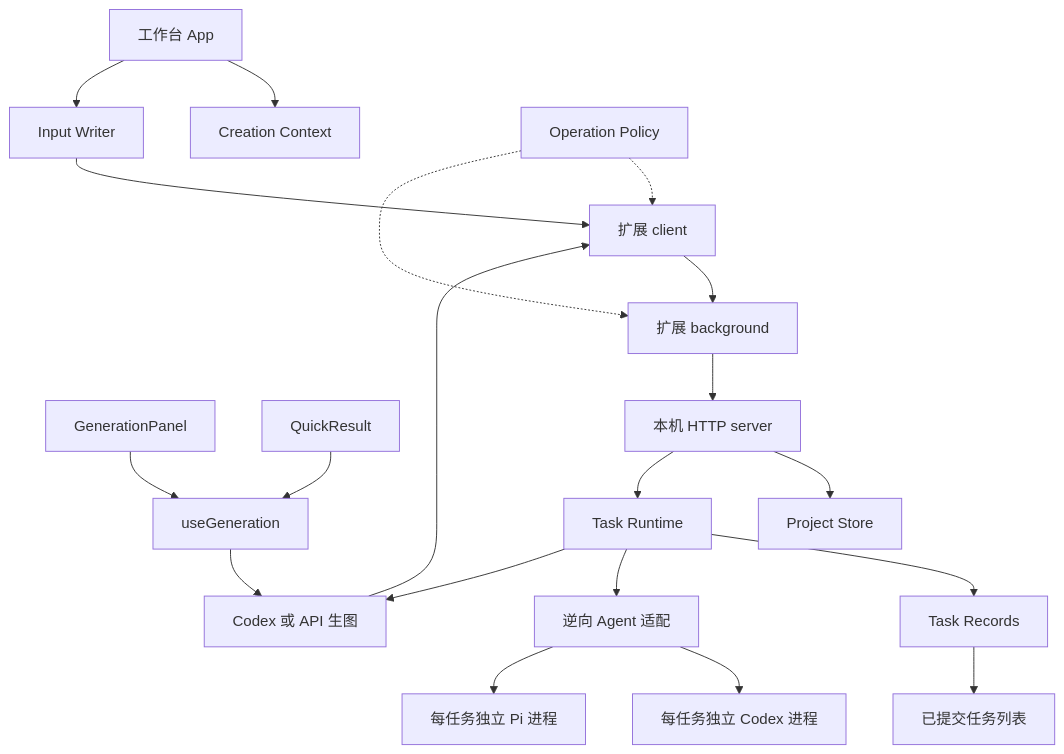
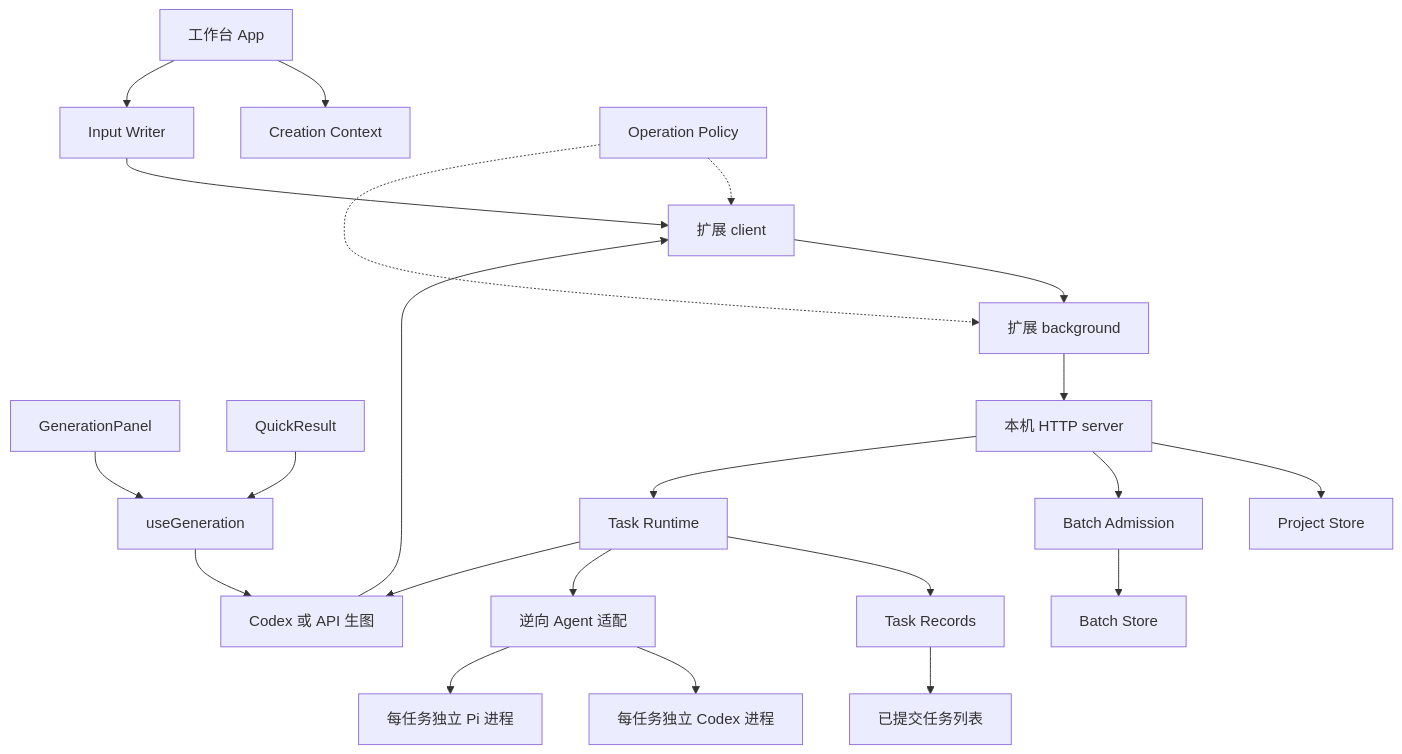
The diagram in browser-extension/docs/architecture.md (AIDiscovery007/qc-reframe), drawn with Mermaid before and after one commit. The commit also changed other lines of this file and 2 other files, not shown here.

Commit message:
refactor: centralize batch preview and admission

````diff
--- a/browser-extension/docs/architecture.md
+++ b/browser-extension/docs/architecture.md
@@ -5,22 +5,24 @@
 ```mermaid
 flowchart TD
   App[工作台 App] --> Context[Creation Context]
   App --> Writer[Input Writer]
   Workspace[GenerationPanel] --> Hook[useGeneration]
   Quick[QuickResult] --> Hook
   Hook --> Generation[Generation Session]
   Writer --> Client[扩展 client]
   Generation --> Client
   Client --> Background[扩展 background]
   Policy[Operation Policy] -.-> Client
   Policy -.-> Background
   Background --> Bridge[本机 HTTP server]
   Bridge --> Projects[Project Store]
+  Bridge --> Admission[Batch Admission]
+  Admission --> Batches[Batch Store]
   Bridge --> Runtime[Task Runtime]
   Runtime --> Records[Task Records]
   Records --> Feed[已提交任务列表]
   Runtime --> Agent[逆向 Agent 适配]
   Agent --> Codex[每任务独立 Codex 进程]
   Agent --> Pi[每任务独立 Pi 进程]
   Runtime --> Generation[Codex 或 API 生图]
 ```
````
